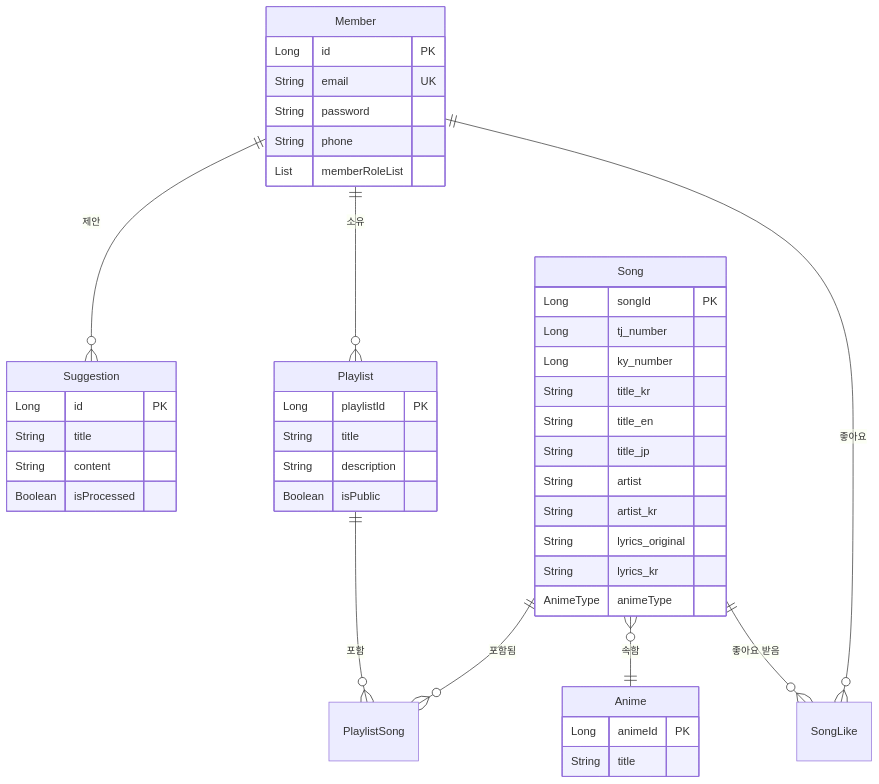
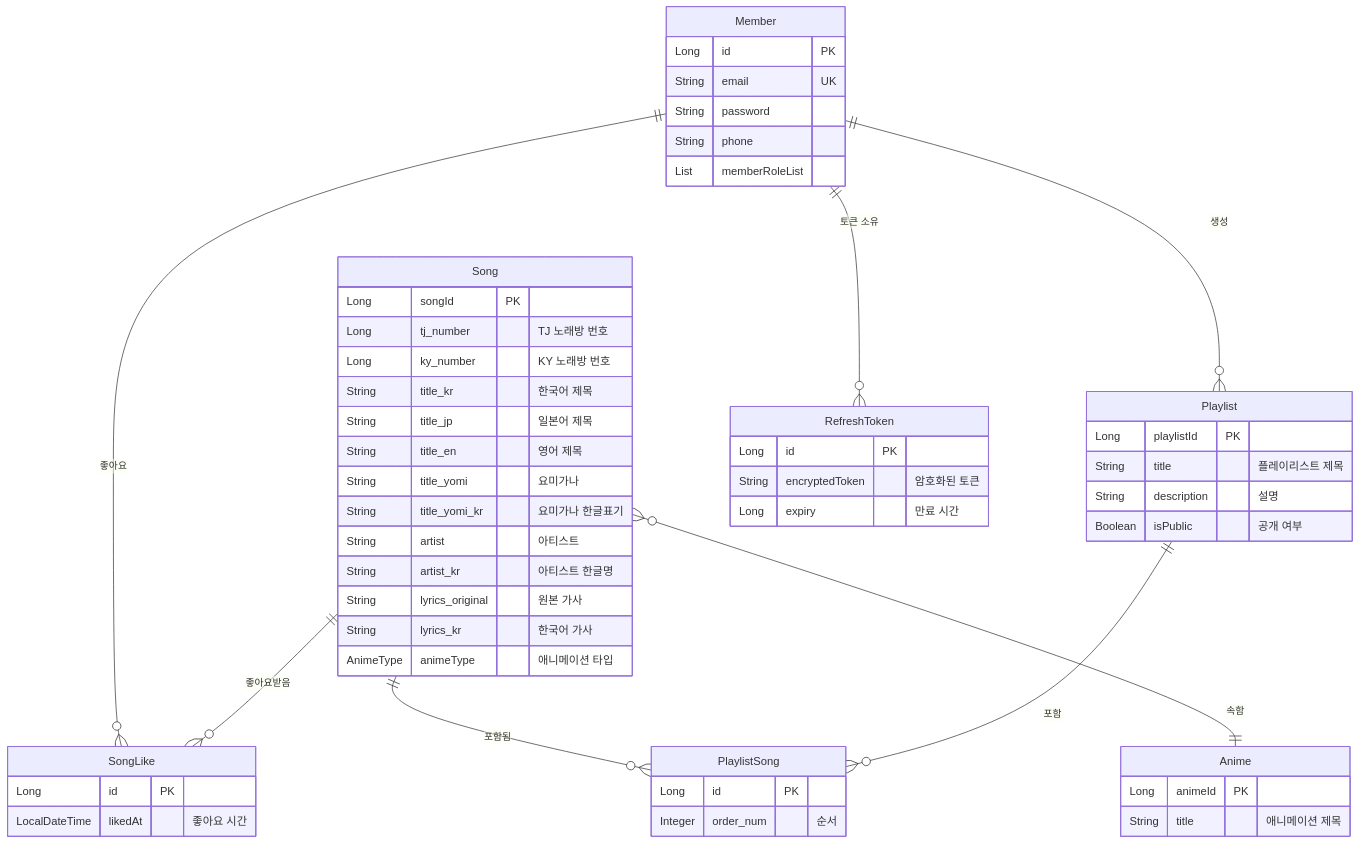
One commit to Zara8170/songs_be changed the first of 2 diagrams in README.md. Above: the diagram before and after it, drawn with Mermaid. The commit also changed other lines of this file, not shown here.

````diff
--- a/README.md
+++ b/README.md
@@ -190,53 +132,62 @@
 ```mermaid
 erDiagram
-    Member ||--o{ SongLike : "좋아요"
-    Member ||--o{ Playlist : "소유"
-    Member ||--o{ Suggestion : "제안"
-
-    Song ||--o{ SongLike : "좋아요 받음"
-    Song }o--|| Anime : "속함"
-    Song ||--o{ PlaylistSong : "포함됨"
-
-    Playlist ||--o{ PlaylistSong : "포함"
-
     Member {
         Long id PK
         String email UK
         String password
         String phone
         List memberRoleList
     }
 
     Song {
         Long songId PK
-        Long tj_number
-        Long ky_number
-        String title_kr
-        String title_en
-        String title_jp
-        String artist
-        String artist_kr
-        String lyrics_original
-        String lyrics_kr
-        AnimeType animeType
+        Long tj_number "TJ 노래방 번호"
+        Long ky_number "KY 노래방 번호"
+        String title_kr "한국어 제목"
+        String title_jp "일본어 제목"
+        String title_en "영어 제목"
+        String title_yomi "요미가나"
+        String title_yomi_kr "요미가나 한글표기"
+        String artist "아티스트"
+        String artist_kr "아티스트 한글명"
+        String lyrics_original "원본 가사"
+        String lyrics_kr "한국어 가사"
+        AnimeType animeType "애니메이션 타입"
     }
 
     Anime {
         Long animeId PK
-        String title
+        String title "애니메이션 제목"
     }
 
     Playlist {
         Long playlistId PK
-        String title
-        String description
-        Boolean isPublic
+        String title "플레이리스트 제목"
+        String description "설명"
+        Boolean isPublic "공개 여부"
     }
 
-    Suggestion {
+    SongLike {
         Long id PK
-        String title
-        String content
-        Boolean isProcessed
+        LocalDateTime likedAt "좋아요 시간"
     }
+
+    PlaylistSong {
+        Long id PK
+        Integer order_num "순서"
+    }
+
+    RefreshToken {
+        Long id PK
+        String encryptedToken "암호화된 토큰"
+        Long expiry "만료 시간"
+    }
+
+    Member ||--o{ SongLike : "좋아요"
+    Member ||--o{ Playlist : "생성"
+    Member ||--o{ RefreshToken : "토큰 소유"
+    Song ||--o{ SongLike : "좋아요받음"
+    Song }o--|| Anime : "속함"
+    Song ||--o{ PlaylistSong : "포함됨"
+    Playlist ||--o{ PlaylistSong : "포함"
 ```
````
